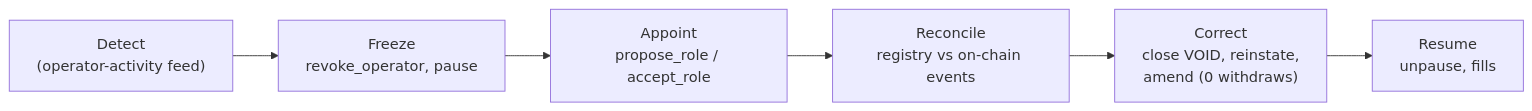
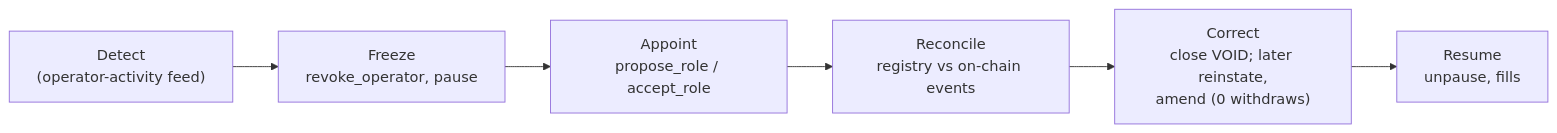
One commit to mutav-finance/mutav-protocol-solana changed the second of 2 diagrams in docs/security/incident-response.md. Above: the diagram before and after it, drawn with Mermaid. The commit also changed other lines of this file and 12 other files, not shown here.

First line of the commit message:
docs: align architecture and security pages with main

````diff
--- a/docs/security/incident-response.md
+++ b/docs/security/incident-response.md
@@ -51,8 +51,8 @@
 ```mermaid
 flowchart LR
     D["Detect<br/>(operator-activity feed)"] --> F["Freeze<br/>revoke_operator, pause"]
     F --> A["Appoint<br/>propose_role / accept_role"]
     A --> R["Reconcile<br/>registry vs on-chain events"]
-    R --> C["Correct<br/>close VOID, reinstate,<br/>amend (0 withdraws)"]
+    R --> C["Correct<br/>close VOID; later reinstate,<br/>amend (0 withdraws)"]
     C --> S["Resume<br/>unpause, fills"]
 ```
````
